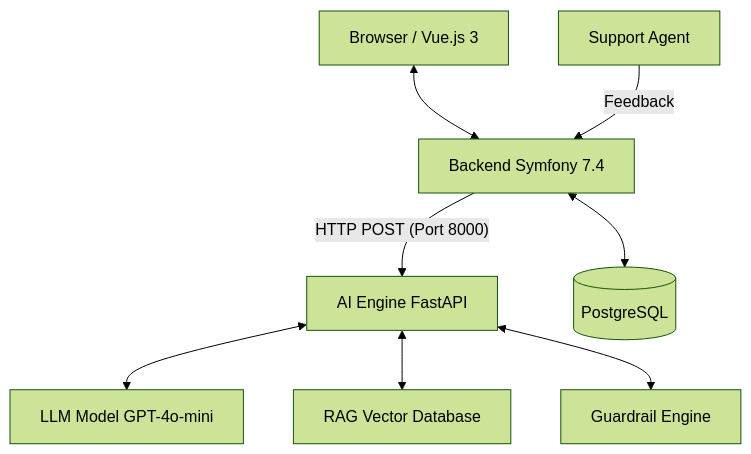
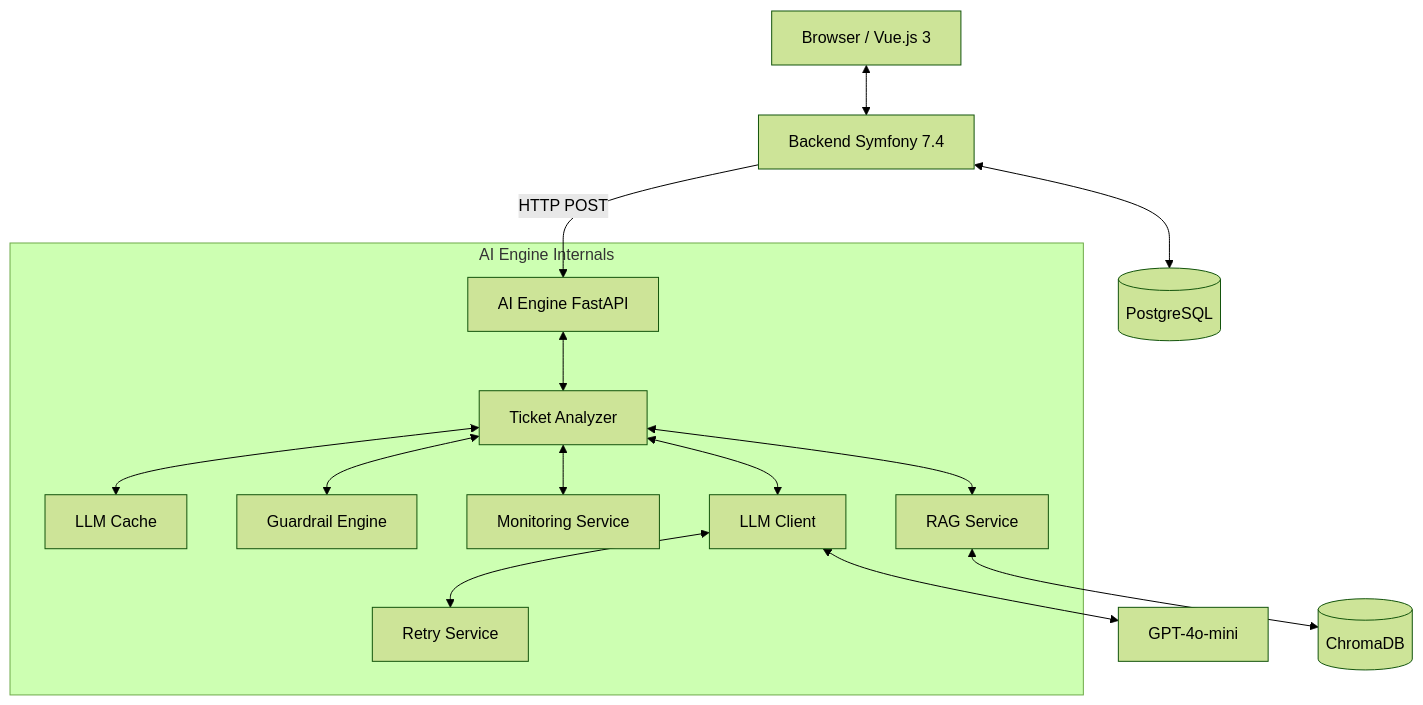
Before and after one commit to buba71/ai-support-copilot: the diagram in README.md, drawn with Mermaid (forest theme). The commit also changed other lines of this file and 2 other files, not shown here.

Commit message:
docs: Document AI engine internal architecture and features, create requirements.txt, and refactor main README for clarity.

````diff
--- a/README.md
+++ b/README.md
@@ -11,10 +11,19 @@
 ```mermaid
 graph TD
     Client[Browser / Vue.js 3] <--> Symfony[Backend Symfony 7.4]
-    Symfony -- "HTTP POST (Port 8000)" --> FastAPI[AI Engine FastAPI]
-    FastAPI <--> LLM[LLM Model GPT-4o-mini]
-    FastAPI <--> ChromaDB[RAG Vector Database]
-    FastAPI <--> Guardrails[Guardrail Engine]
+    Symfony -- "HTTP POST" --> FastAPI[AI Engine FastAPI]
+    
+    subgraph AI_Engine [AI Engine Internals]
+        FastAPI <--> Analyzer[Ticket Analyzer]
+        Analyzer <--> Cache[LLM Cache]
+        Analyzer <--> Guardrails[Guardrail Engine]
+        Analyzer <--> Monitoring[Monitoring Service]
+        Analyzer <--> RAG[RAG Service]
+        Analyzer <--> LLM[LLM Client]
+        LLM <--> Retry[Retry Service]
+    end
+
+    LLM <--> GPT[GPT-4o-mini]
+    RAG <--> ChromaDB[(ChromaDB)]
     Symfony <--> DB[(PostgreSQL)]
-    Agent[Support Agent] -- Feedback --> Symfony
 ```
````
